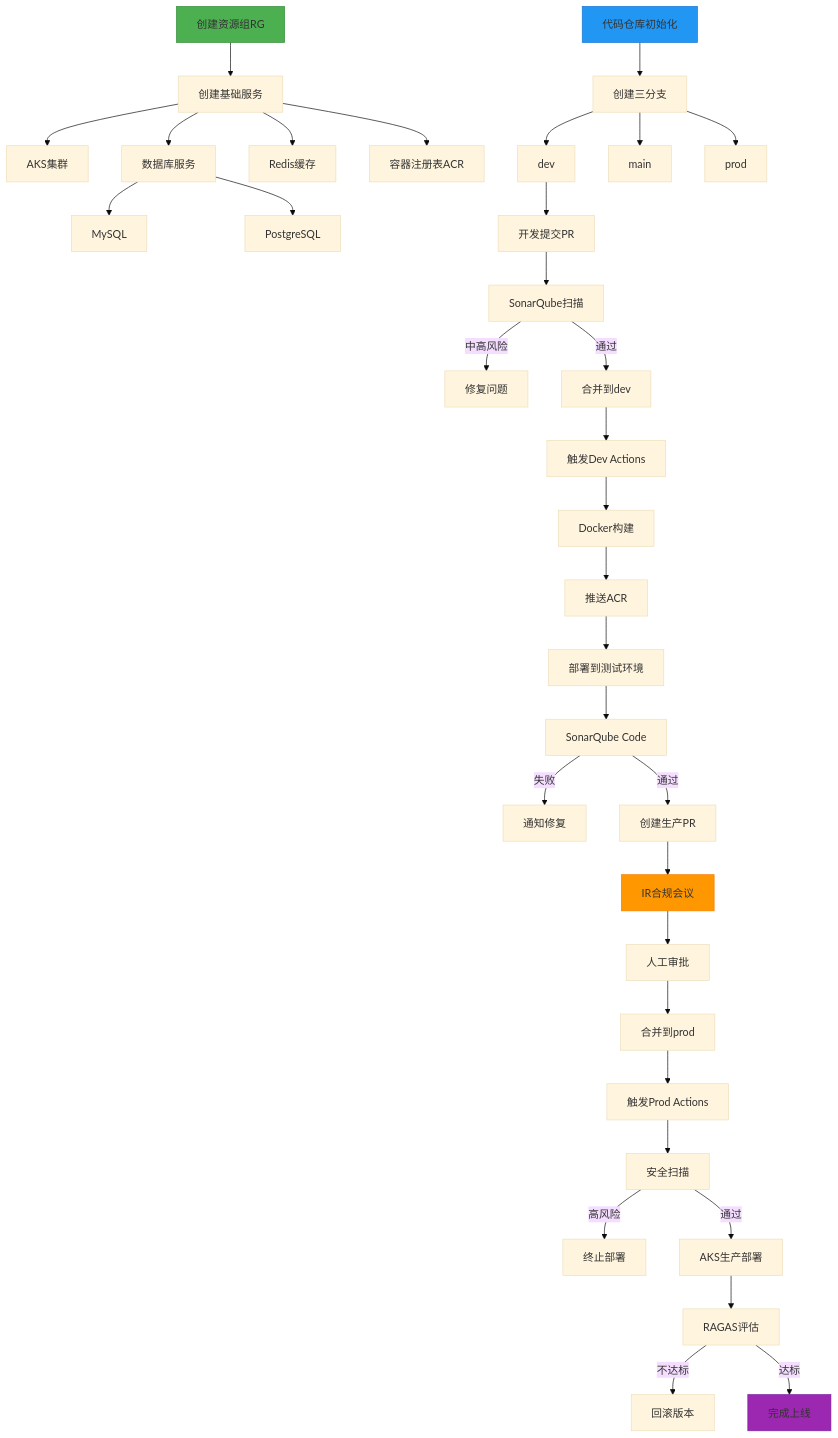
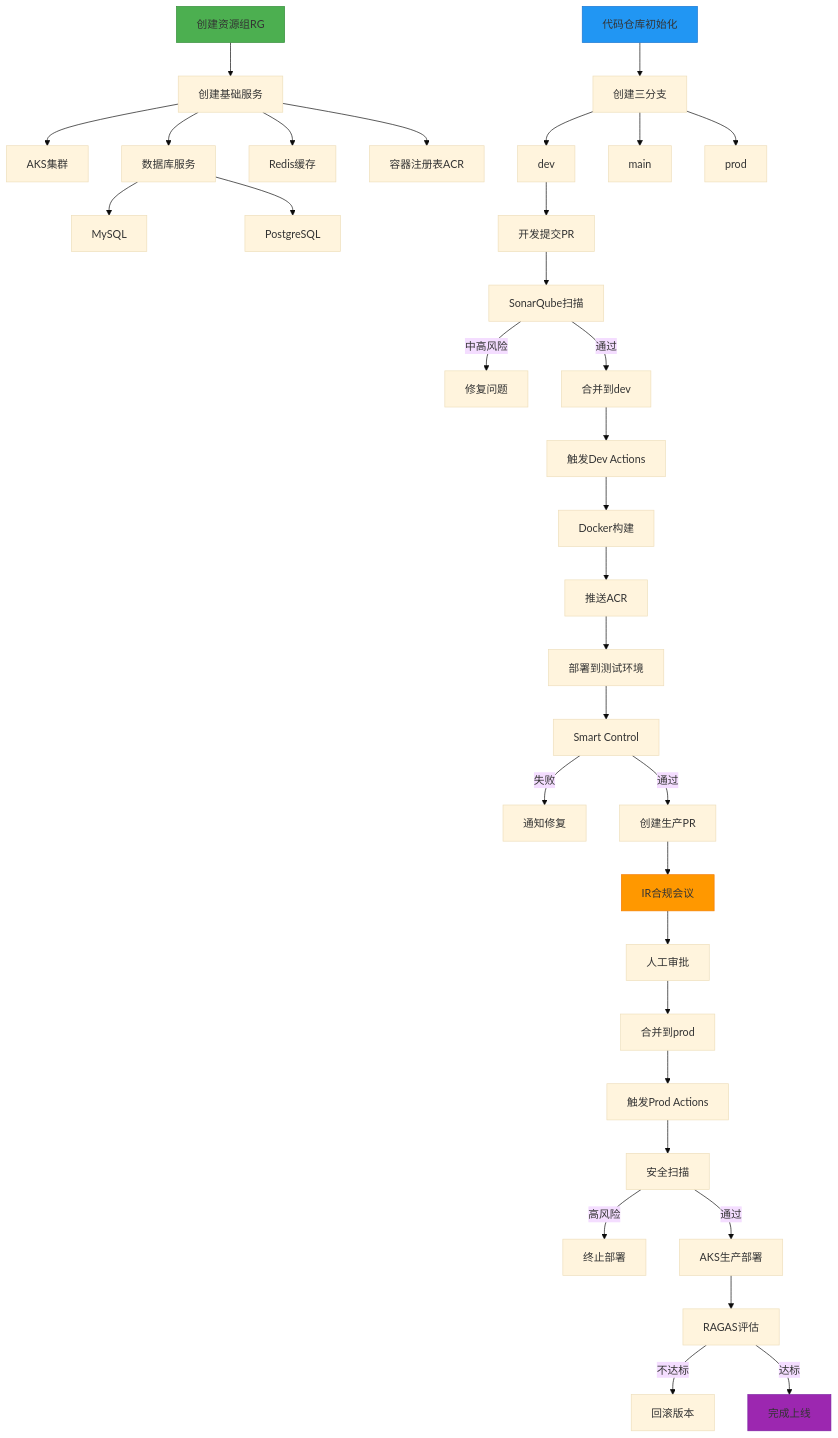
The diagram in all/未命名-1.md (funnyData/iodraw-files), drawn with Mermaid (base theme) before and after one commit.

Commit message:
2025-02-27 01:16:09 update

````diff
--- a/all/未命名-1.md
+++ b/all/未命名-1.md
@@ -1,47 +1,47 @@
 ```mermaid
 graph TD
     A[创建资源组RG] --> B[创建基础服务]
     B --> C[AKS集群]
     B --> D[数据库服务]
     D --> DA[MySQL]
     D --> DB[PostgreSQL]
     B --> E[Redis缓存]
     B --> F[容器注册表ACR]
     
     G[代码仓库初始化] --> H[创建三分支]
     H --> I[dev]
     H --> J[main]
     H --> K[prod]
     
     I --> L[开发提交PR]
     L --> M[SonarQube扫描]
     M -->|中高风险| N[修复问题]
     M -->|通过| O[合并到dev]
     
     O --> P[触发Dev Actions]
     P --> Q[Docker构建]
     Q --> R[推送ACR]
     R --> S[部署到测试环境]
     
-    S --> T[SonarQube Code]
+    S --> T[Smart Control]
     T -->|失败| U[通知修复]
     T -->|通过| V[创建生产PR]
     
     V --> W[IR合规会议]
     W --> X[人工审批]
     X --> Y[合并到prod]
     
     Y --> Z[触发Prod Actions]
     Z --> AA[安全扫描]
     AA -->|高风险| AB[终止部署]
     AA -->|通过| AC[AKS生产部署]
     
     AC --> AD[RAGAS评估]
     AD -->|不达标| AE[回滚版本]
     AD -->|达标| AF[完成上线]
     
     style A fill:#4CAF50,stroke:#388E3C
     style G fill:#2196F3,stroke:#1976D2
     style W fill:#FF9800,stroke:#F57C00
     style AF fill:#9C27B0,stroke:#7B1FA2
 ```
````
